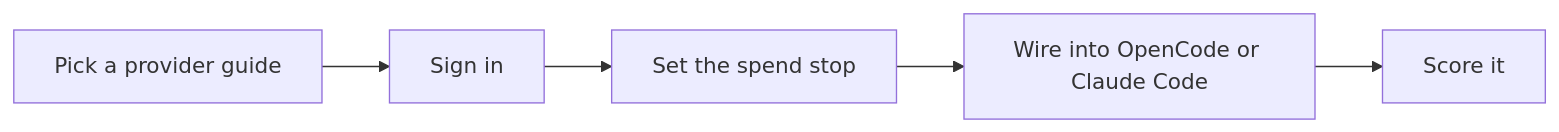
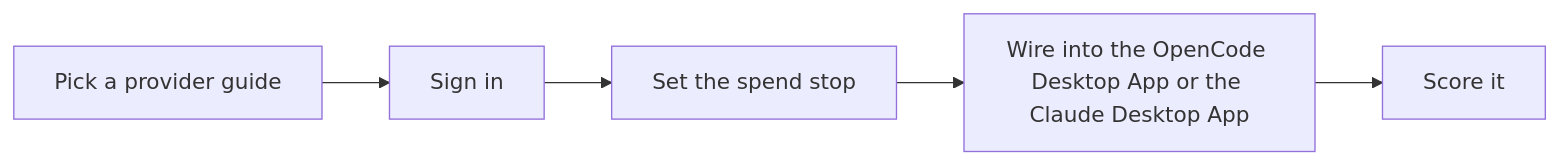
One commit to SoulCraft-Org/compute-crafter changed the diagram in README.md. Above: the diagram before and after it, drawn with Mermaid. The commit also changed other lines of this file and 2 other files, not shown here.

Commit message:
README and hero: OpenCode Desktop App and Claude Desktop App (Code and Cowork)

````diff
--- a/README.md
+++ b/README.md
@@ -11,4 +11,4 @@
 ```mermaid
 flowchart LR
-  G[Pick a provider guide] --> S[Sign in] --> C[Set the spend stop] --> W[Wire into OpenCode or Claude Code] --> Q[Score it]
+  G[Pick a provider guide] --> S[Sign in] --> C[Set the spend stop] --> W[Wire into the OpenCode Desktop App or the Claude Desktop App] --> Q[Score it]
 ```
````
